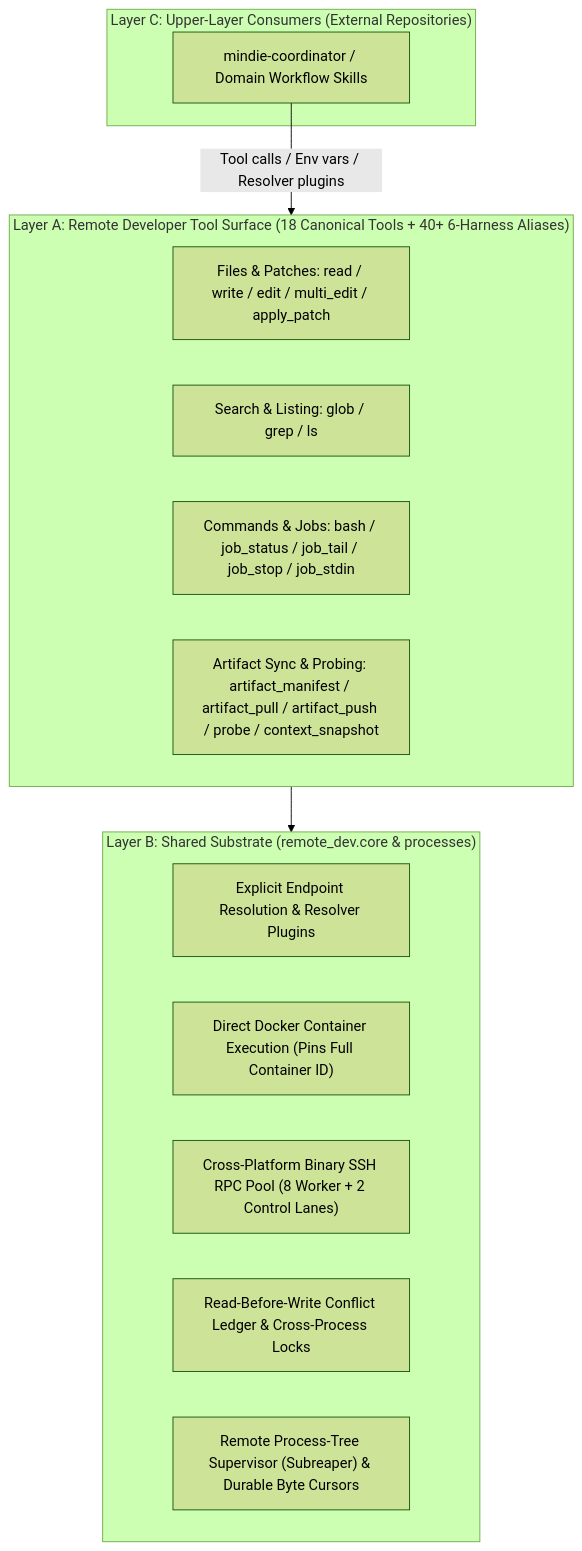
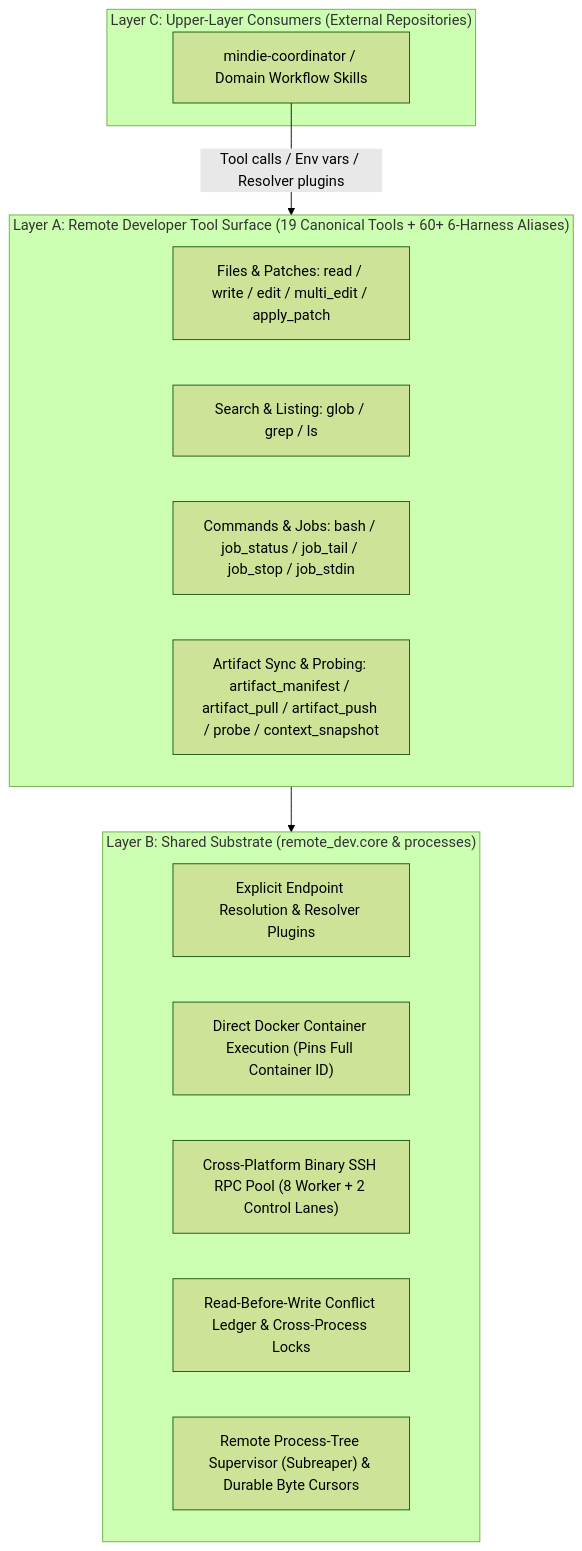
Before and after one commit to mindie-agent/remote-dev: the diagram in DESIGN.md, drawn with Mermaid (forest theme). The commit also changed other lines of this file and 20 other files, not shown here.

First line of the commit message:
feat(native): bind trusted harness profiles and native basic tools

````diff
--- a/DESIGN.md
+++ b/DESIGN.md
@@ -9,24 +9,24 @@
 ```mermaid
 flowchart TB
     subgraph LayerC["Layer C: Upper-Layer Consumers (External Repositories)"]
         Coord["mindie-coordinator / Domain Workflow Skills"]
     end
 
-    subgraph LayerA["Layer A: Remote Developer Tool Surface (18 Canonical Tools + 40+ 6-Harness Aliases)"]
+    subgraph LayerA["Layer A: Remote Developer Tool Surface (19 Canonical Tools + 60+ 6-Harness Aliases)"]
         FileTools["Files & Patches: read / write / edit / multi_edit / apply_patch"]
         SearchTools["Search & Listing: glob / grep / ls"]
         JobTools["Commands & Jobs: bash / job_status / job_tail / job_stop / job_stdin"]
         SyncTools["Artifact Sync & Probing: artifact_manifest / artifact_pull / artifact_push / probe / context_snapshot"]
     end
 
     subgraph LayerB["Layer B: Shared Substrate (remote_dev.core & processes)"]
         Endpoint["Explicit Endpoint Resolution & Resolver Plugins"]
         Container["Direct Docker Container Execution (Pins Full Container ID)"]
         RPCPool["Cross-Platform Binary SSH RPC Pool (8 Worker + 2 Control Lanes)"]
         Safety["Read-Before-Write Conflict Ledger & Cross-Process Locks"]
         Supervisor["Remote Process-Tree Supervisor (Subreaper) & Durable Byte Cursors"]
     end
 
     Coord -->|"Tool calls / Env vars / Resolver plugins"| LayerA
     LayerA --> LayerB
 ```
````
